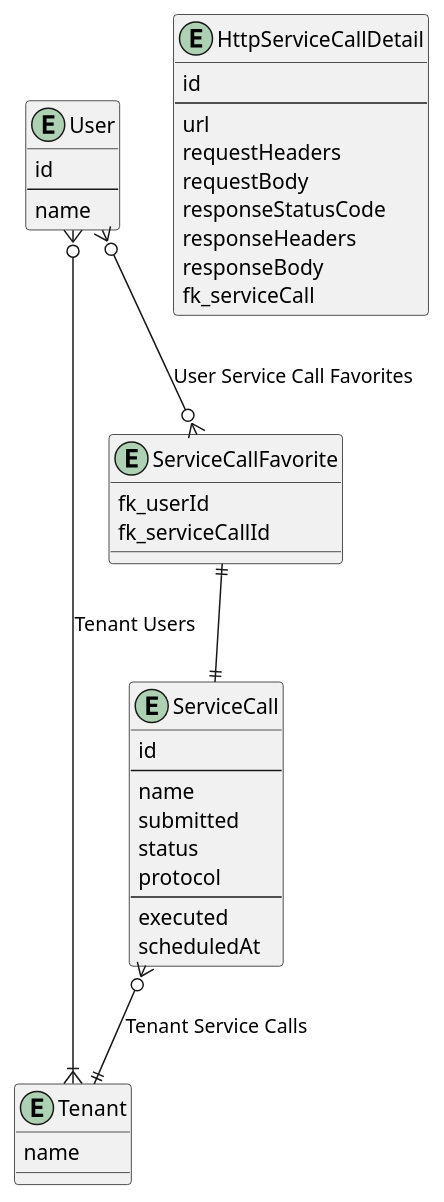
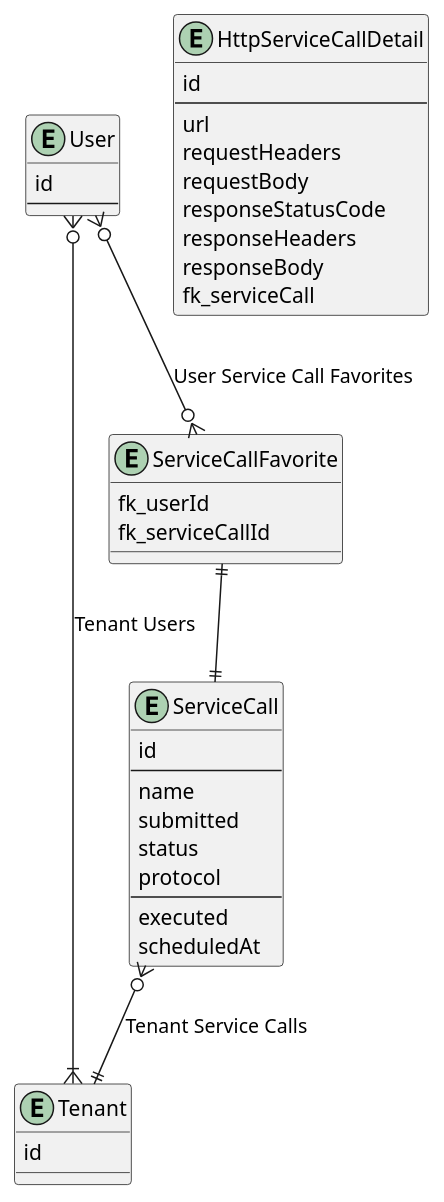
Before and after one commit to Simon-Hohberg/service-agent: the diagram in docs/service-agent-er.puml, drawn with PlantUML. The commit also changed 20 other files, not shown here.

```diff
--- a/docs/service-agent-er.puml
+++ b/docs/service-agent-er.puml
@@ -1,48 +1,47 @@
 @startuml
 
 entity Tenant {
-    name
+    id
 }
 
 entity User {
     id
     --
-    name
 }
 
 entity ServiceCall {
     id
     --
     name
     submitted
     status
     protocol
     --
     executed
     scheduledAt
 }
 
 entity HttpServiceCallDetail {
     id
     --
     url
     requestHeaders
     requestBody
     responseStatusCode
     responseHeaders
     responseBody
     fk_serviceCall
 }
 
 entity ServiceCallFavorite {
     fk_userId
     fk_serviceCallId
 }
 
 
 User }o--|{ Tenant : Tenant Users
 ServiceCall }o--|| Tenant : Tenant Service Calls
 User }o--o{ ServiceCallFavorite : User Service Call Favorites
 ServiceCallFavorite ||--|| ServiceCall
 
 @enduml
```
